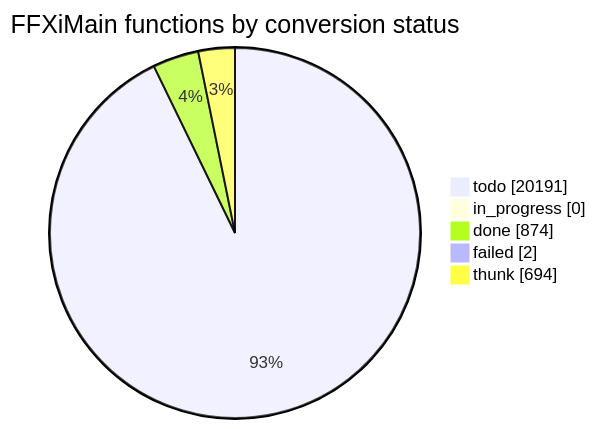
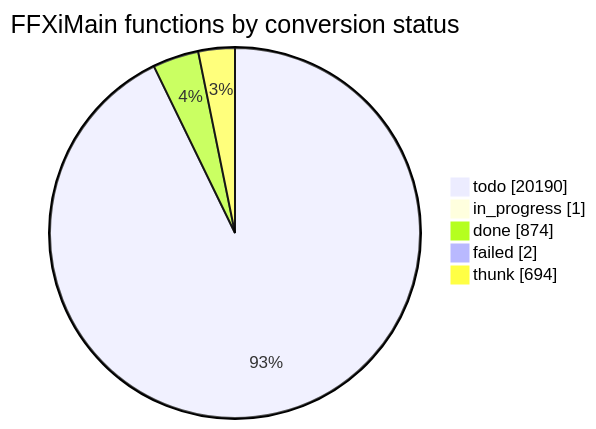
One commit to cowrevenge/cow_kuluu_xi_anything changed the diagram in docs/cow/STATUS.md. Above: the diagram before and after it, drawn with Mermaid. The commit also changed other lines of this file and 7 other files, not shown here.

````diff
--- a/docs/cow/STATUS.md
+++ b/docs/cow/STATUS.md
@@ -18,9 +18,9 @@
 ```mermaid
 pie showData
     title FFXiMain functions by conversion status
-    "todo" : 20191
-    "in_progress" : 0
+    "todo" : 20190
+    "in_progress" : 1
     "done" : 874
     "failed" : 2
     "thunk" : 694
 ```
````
